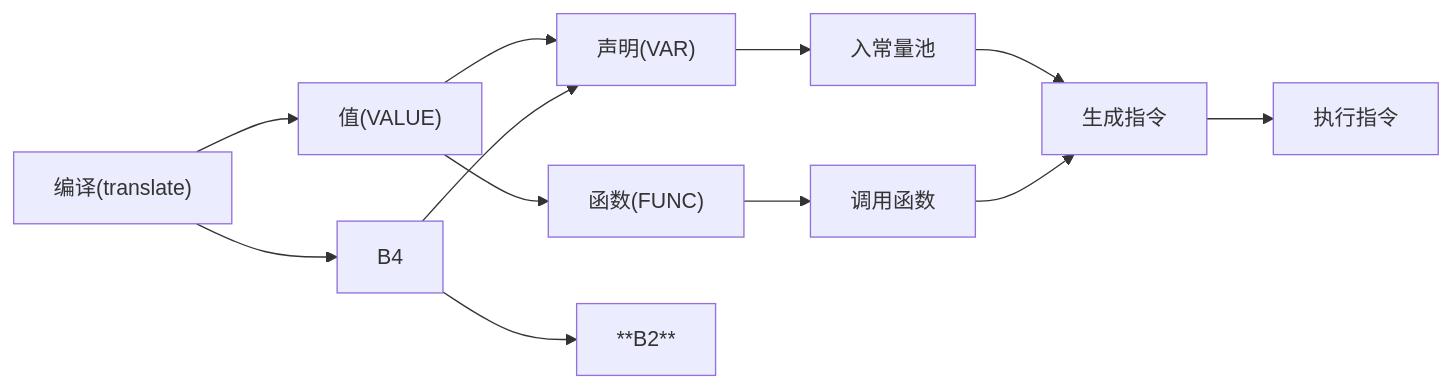
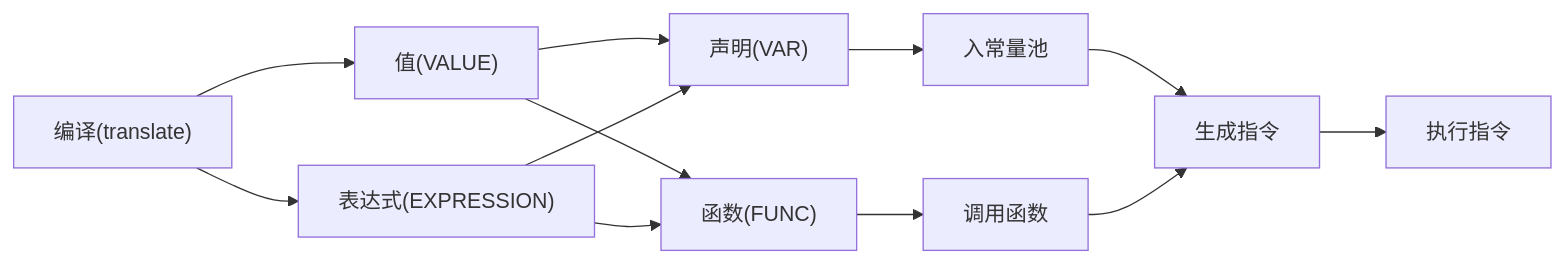
The second of 3 diagrams in 从零开始写一个东西/重铸编程之魂/脚本解释器/编写脚本解释器.md (zhourongtu/NoteForLearn), drawn with Mermaid before and after one commit. The commit also changed other lines of this file and 9 other files, not shown here.

````diff
--- a/从零开始写一个东西/重铸编程之魂/脚本解释器/编写脚本解释器.md
+++ b/从零开始写一个东西/重铸编程之魂/脚本解释器/编写脚本解释器.md
@@ -5,15 +38,16 @@
 ```mermaid
 graph LR
 A["编译(translate)"]
 B1["声明(VAR)"]
 B2["函数(FUNC)"]
 B3["值(VALUE)"]
+B4["表达式(EXPRESSION)"]
 C["生成指令"]
 A-->B3-->B1
 B3-->B2
 A-->B4-->B1
-B4-->**B2**
+B4-->B2
 B1-->C1["入常量池"] --> C
 B2-->C2["调用函数"] --> C
 C --> D["执行指令"]
 ```
````
